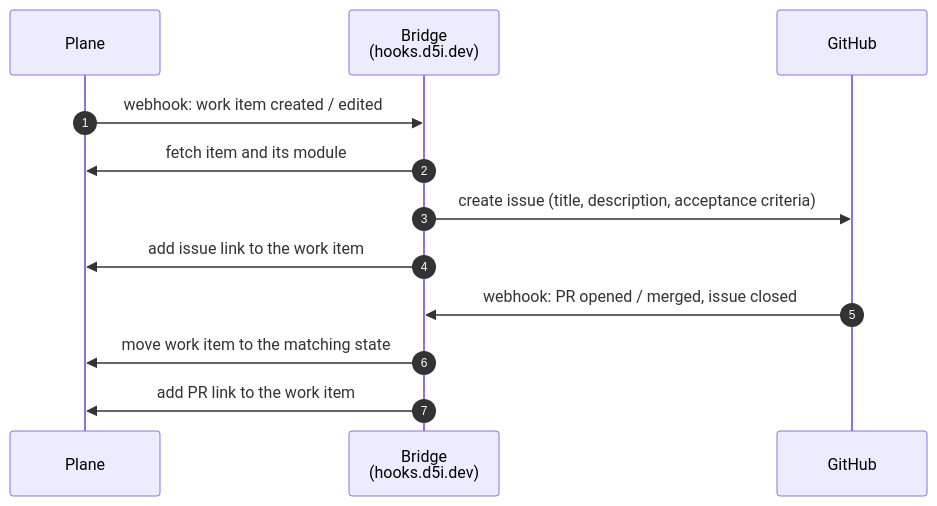
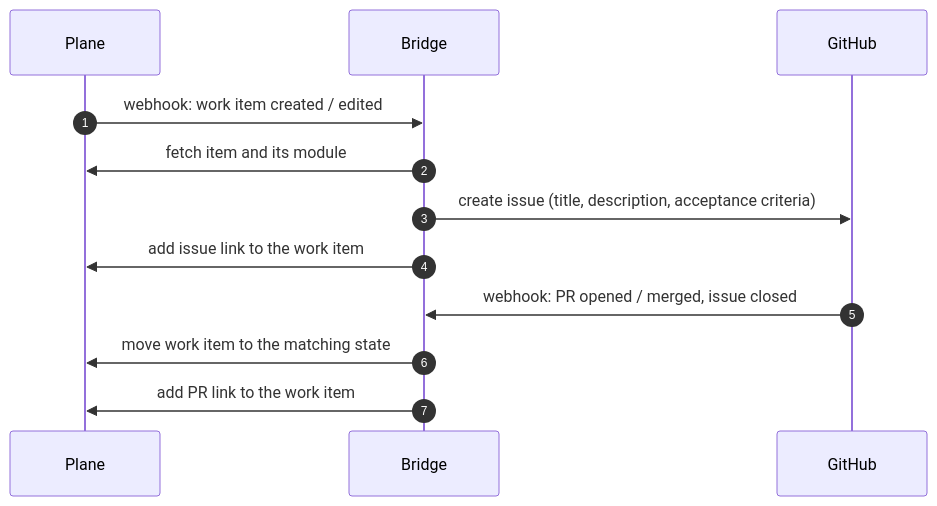
Before and after one commit to D5-Interactive/plane-github-bridge: the diagram in README.md, drawn with Mermaid. The commit also changed other lines of this file and 6 other files, not shown here.

````diff
--- a/README.md
+++ b/README.md
@@ -42,16 +42,16 @@
 ```mermaid
 sequenceDiagram
     autonumber
     participant P as Plane
-    participant B as Bridge<br/>(hooks.d5i.dev)
+    participant B as Bridge
     participant G as GitHub
 
     P->>B: webhook: work item created / edited
     B->>P: fetch item and its module
     B->>G: create issue (title, description, acceptance criteria)
     B->>P: add issue link to the work item
 
     G->>B: webhook: PR opened / merged, issue closed
     B->>P: move work item to the matching state
     B->>P: add PR link to the work item
 ```
````
